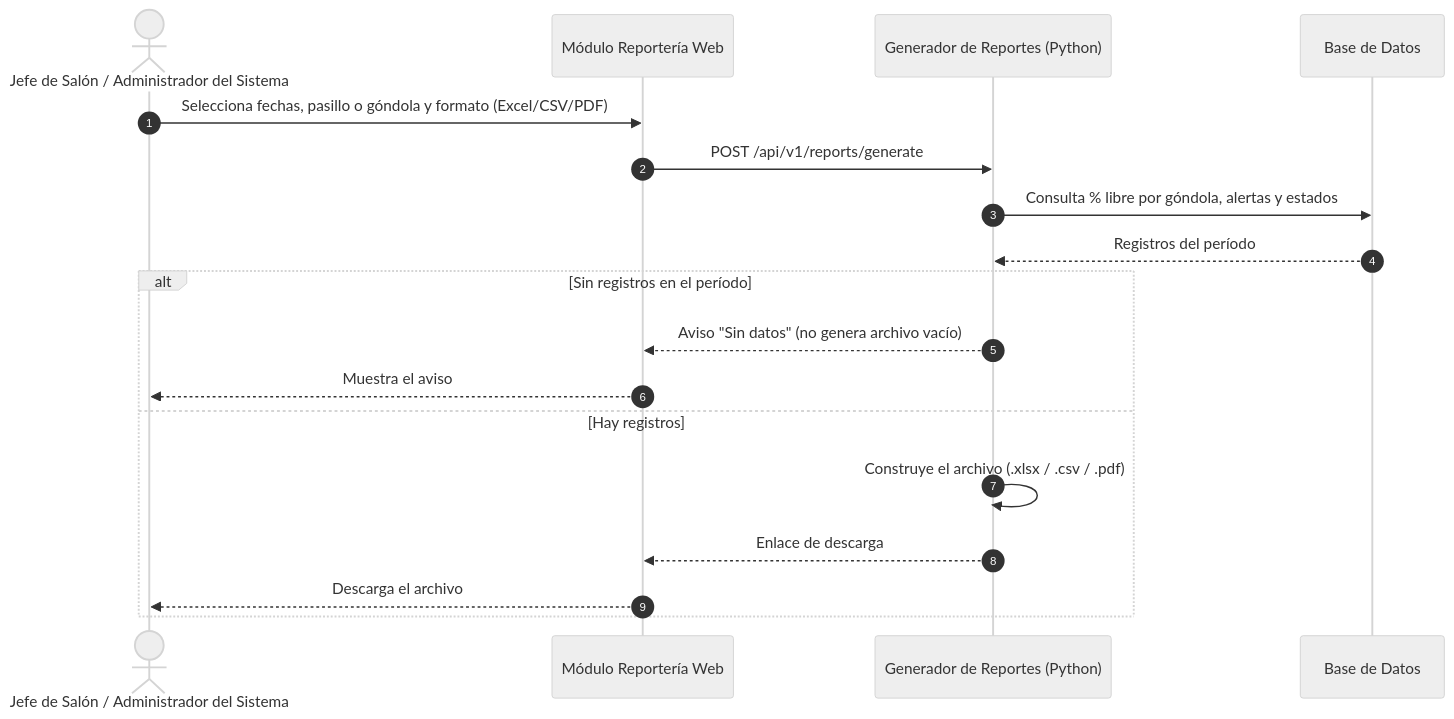
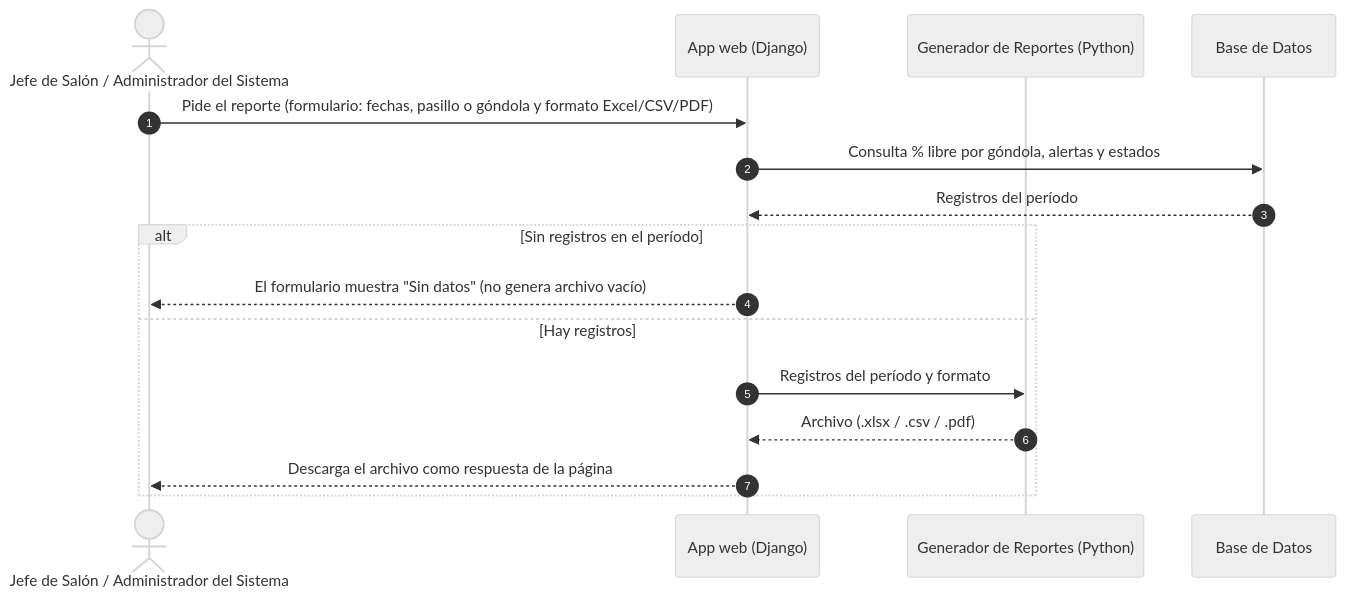
Before and after one commit to marianapeachy/capstone: the diagram in Anexos/Diseño/Diagramas fuente (Mermaid)/Diagrama C.U 04.mmd, drawn with Mermaid (neutral theme). The commit also changed 5 other files, not shown here.

Commit message:
docs: replace REST and JWT calls with Django pages in CU03-CU05 diagrams (#42)

```diff
--- a/Anexos/Diseño/Diagramas fuente (Mermaid)/Diagrama C.U 04.mmd
+++ b/Anexos/Diseño/Diagramas fuente (Mermaid)/Diagrama C.U 04.mmd
@@ -1,18 +1,16 @@
 sequenceDiagram
     autonumber
     actor Sup as Jefe de Salón / Administrador del Sistema
-    participant Web as Módulo Reportería Web
+    participant Web as App web (Django)
     participant Gen as Generador de Reportes (Python)
     participant BD as Base de Datos
-    Sup->>Web: Selecciona fechas, pasillo o góndola y formato (Excel/CSV/PDF)
-    Web->>Gen: POST /api/v1/reports/generate
-    Gen->>BD: Consulta % libre por góndola, alertas y estados
-    BD-->>Gen: Registros del período
+    Sup->>Web: Pide el reporte (formulario: fechas, pasillo o góndola y formato Excel/CSV/PDF)
+    Web->>BD: Consulta % libre por góndola, alertas y estados
+    BD-->>Web: Registros del período
     alt Sin registros en el período
-        Gen-->>Web: Aviso "Sin datos" (no genera archivo vacío)
-        Web-->>Sup: Muestra el aviso
+        Web-->>Sup: El formulario muestra "Sin datos" (no genera archivo vacío)
     else Hay registros
-        Gen->>Gen: Construye el archivo (.xlsx / .csv / .pdf)
-        Gen-->>Web: Enlace de descarga
-        Web-->>Sup: Descarga el archivo
+        Web->>Gen: Registros del período y formato
+        Gen-->>Web: Archivo (.xlsx / .csv / .pdf)
+        Web-->>Sup: Descarga el archivo como respuesta de la página
     end
```
